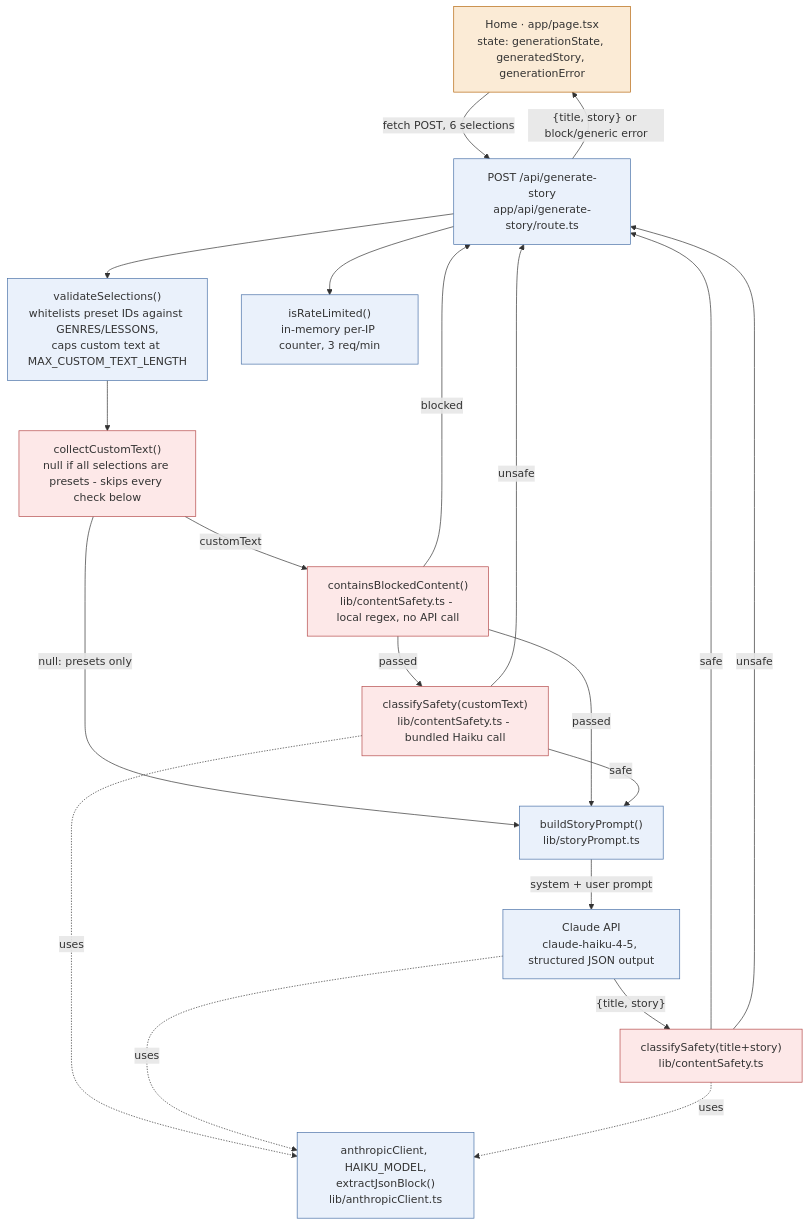
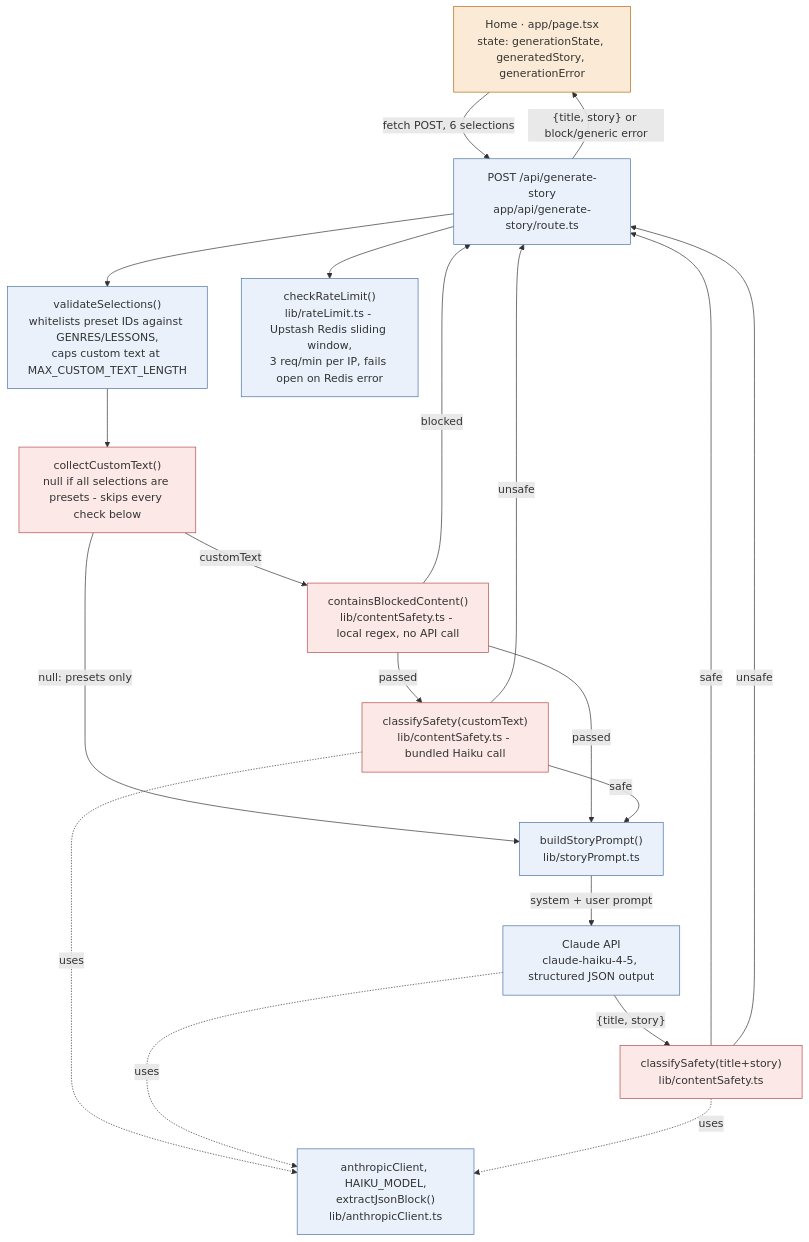
One commit to aio-studios/children-story-app changed the first of 6 diagrams in docs/architecture.md. Above: the diagram before and after it, drawn with Mermaid. The commit also changed other lines of this file and 6 other files, not shown here.

````diff
--- a/docs/architecture.md
+++ b/docs/architecture.md
@@ -38,41 +38,41 @@
 ```mermaid
 graph TD
   Page["Home · app/page.tsx<br/>state: generationState, generatedStory, generationError"]
   Route["POST /api/generate-story<br/>app/api/generate-story/route.ts"]
   Validate["validateSelections()<br/>whitelists preset IDs against GENRES/LESSONS,<br/>caps custom text at MAX_CUSTOM_TEXT_LENGTH"]
-  RateLimit["isRateLimited()<br/>in-memory per-IP counter, 3 req/min"]
+  RateLimit["checkRateLimit()<br/>lib/rateLimit.ts - Upstash Redis sliding window,<br/>3 req/min per IP, fails open on Redis error"]
   Collect["collectCustomText()<br/>null if all selections are presets - skips every check below"]
   Blocklist["containsBlockedContent()<br/>lib/contentSafety.ts - local regex, no API call"]
   InputClassify["classifySafety(customText)<br/>lib/contentSafety.ts - bundled Haiku call"]
   Prompt["buildStoryPrompt()<br/>lib/storyPrompt.ts"]
   AnthropicClient["anthropicClient, HAIKU_MODEL,<br/>extractJsonBlock()<br/>lib/anthropicClient.ts"]
   Claude["Claude API<br/>claude-haiku-4-5, structured JSON output"]
   OutputClassify["classifySafety(title+story)<br/>lib/contentSafety.ts"]
 
   Page -->|fetch POST, 6 selections| Route
   Route --> RateLimit
   Route --> Validate
   Validate --> Collect
   Collect -->|customText| Blocklist
   Blocklist -->|passed| InputClassify
   Collect -->|null: presets only| Prompt
   Blocklist -->|passed| Prompt
   InputClassify -->|safe| Prompt
   Prompt -->|system + user prompt| Claude
   InputClassify -.uses.-> AnthropicClient
   Claude -.uses.-> AnthropicClient
   OutputClassify -.uses.-> AnthropicClient
   Claude -->|"{title, story}"| OutputClassify
   OutputClassify -->|safe| Route
   Blocklist -->|blocked| Route
   InputClassify -->|unsafe| Route
   OutputClassify -->|unsafe| Route
   Route -->|"{title, story} or block/generic error"| Page
 
   classDef stateful fill:#FBEBD6,stroke:#B5670E;
   classDef plain fill:#EAF1FB,stroke:#4A72A8;
   classDef safety fill:#FDE8E8,stroke:#B54A4A;
   class Page stateful;
   class Route,Validate,RateLimit,Prompt,Claude,AnthropicClient plain;
   class Collect,Blocklist,InputClassify,OutputClassify safety;
 ```
````
